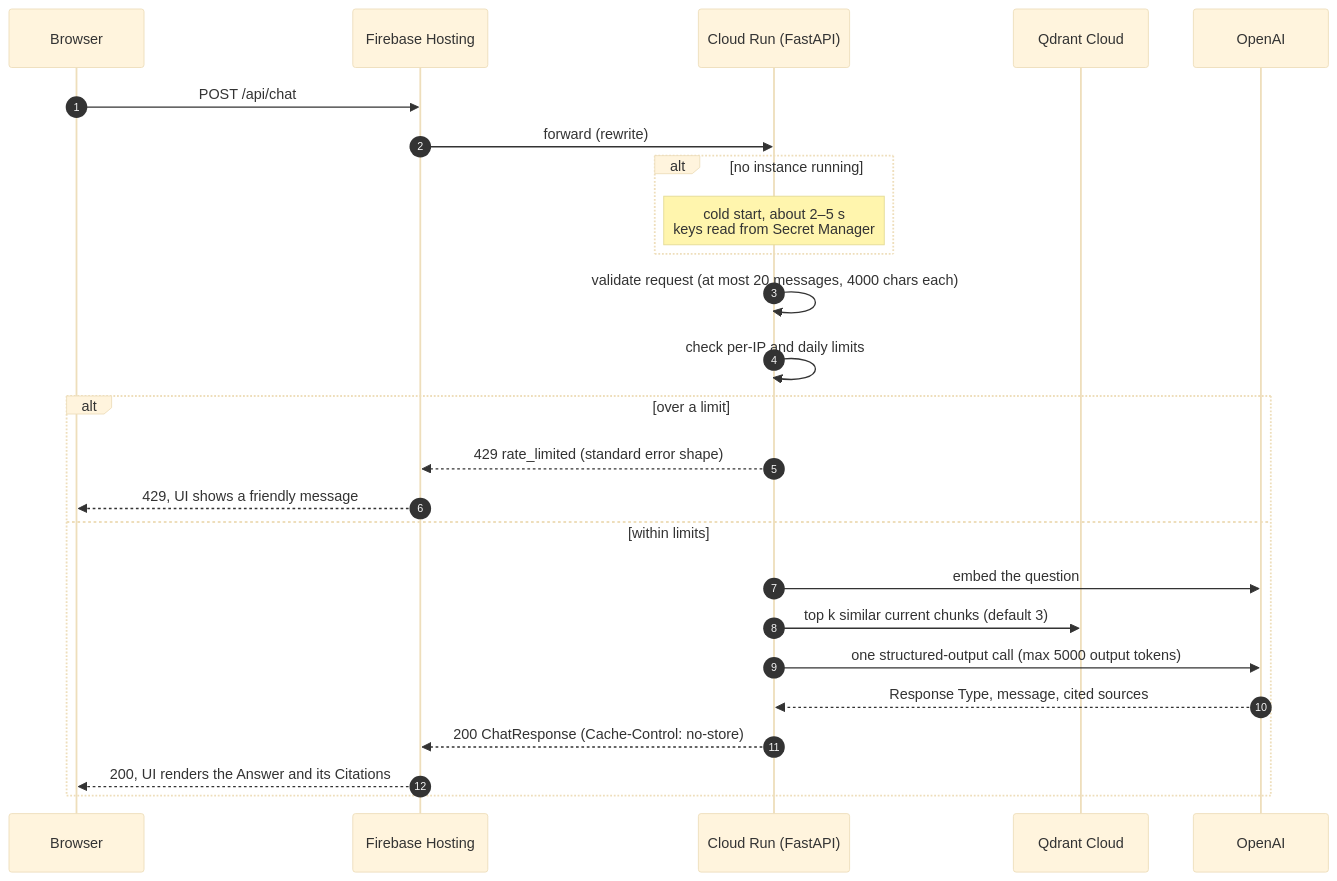
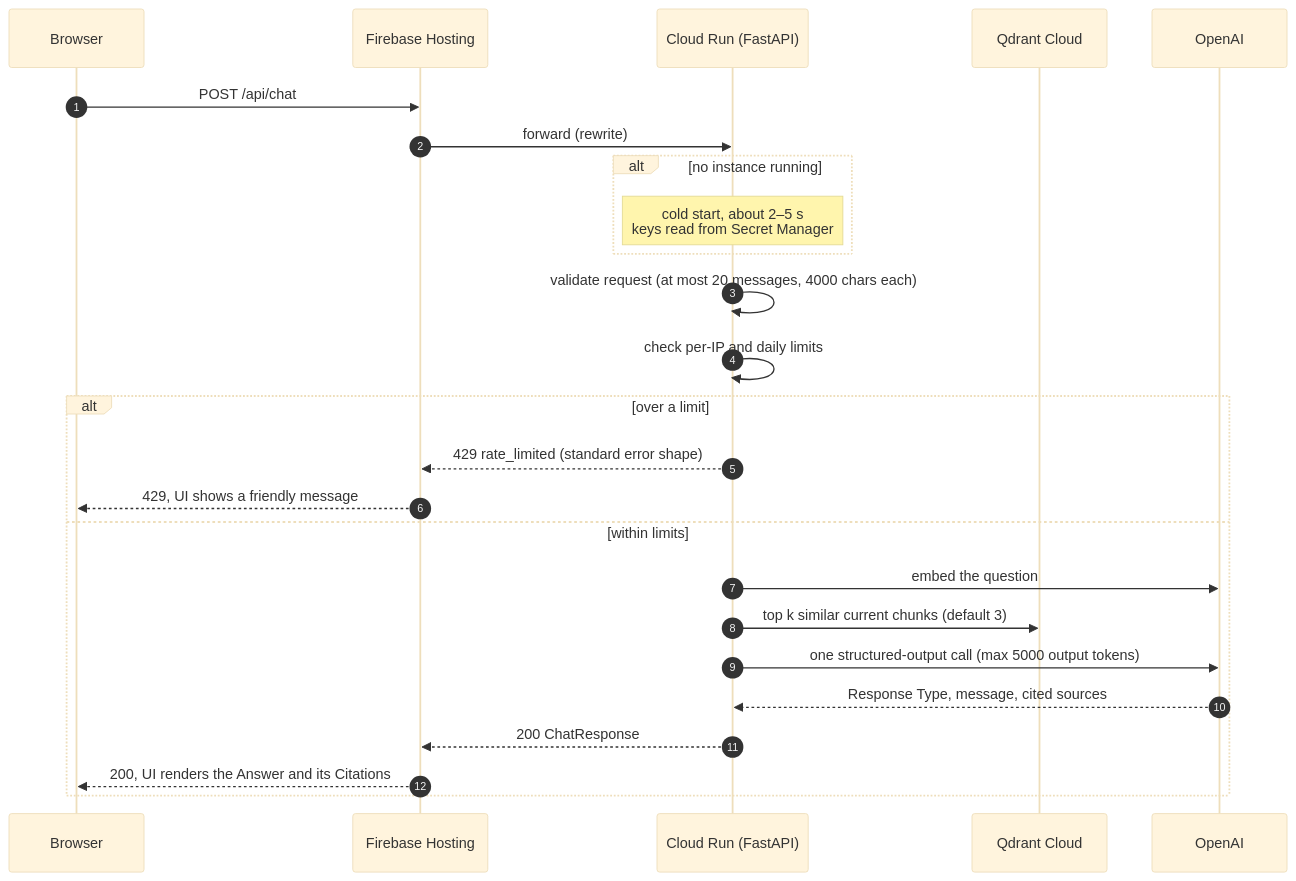
One commit to NaveenManjappa/hr-assist changed the second of 6 diagrams in docs/deployment.md. Above: the diagram before and after it, drawn with Mermaid (base theme). The commit also changed 8 other files, not shown here.

````diff
--- a/docs/deployment.md
+++ b/docs/deployment.md
@@ -96,28 +96,28 @@
 ```mermaid
 sequenceDiagram
     autonumber
     participant B as Browser
     participant F as Firebase Hosting
     participant C as Cloud Run (FastAPI)
     participant Q as Qdrant Cloud
     participant O as OpenAI
 
     B->>F: POST /api/chat
     F->>C: forward (rewrite)
     alt no instance running
         Note over C: cold start, about 2–5 s<br/>keys read from Secret Manager
     end
     C->>C: validate request (at most 20 messages, 4000 chars each)
     C->>C: check per-IP and daily limits
     alt over a limit
         C-->>F: 429 rate_limited (standard error shape)
         F-->>B: 429, UI shows a friendly message
     else within limits
         C->>O: embed the question
         C->>Q: top k similar current chunks (default 3)
         C->>O: one structured-output call (max 5000 output tokens)
         O-->>C: Response Type, message, cited sources
-        C-->>F: 200 ChatResponse (Cache-Control: no-store)
+        C-->>F: 200 ChatResponse
         F-->>B: 200, UI renders the Answer and its Citations
     end
 ```
````
